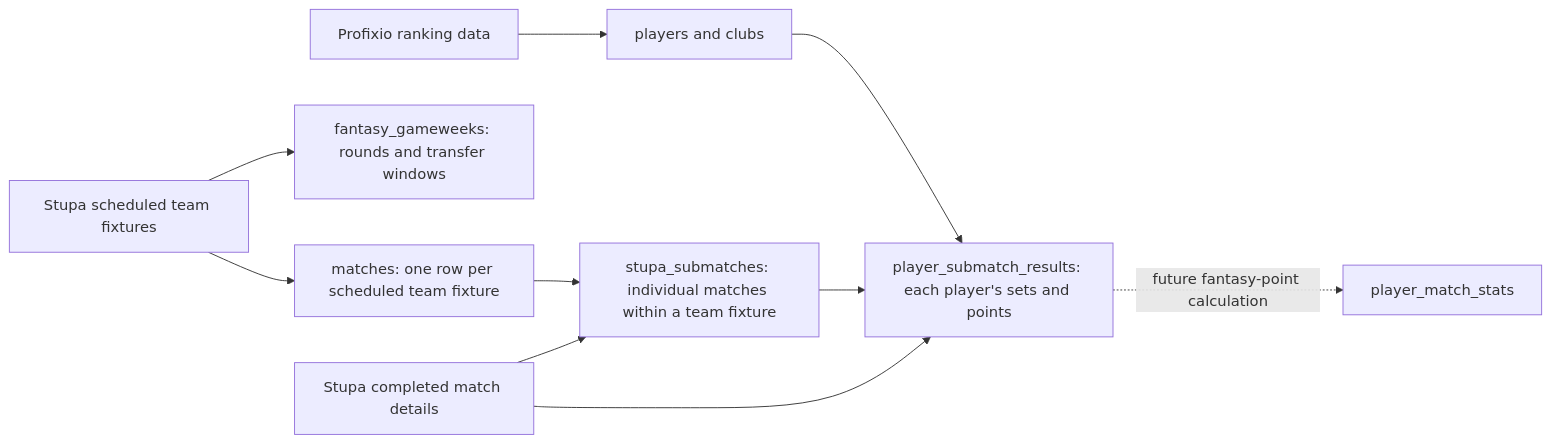
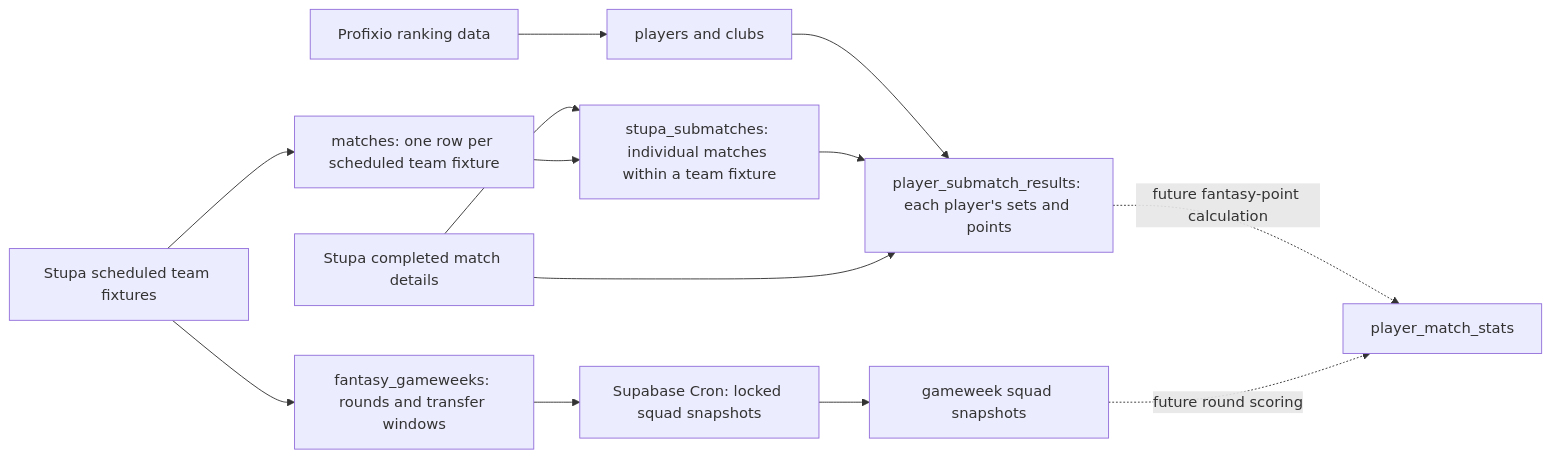
One commit to BE4M3R/fantasy-pingisligan changed the second of 2 diagrams in docs/architecture.md. Above: the diagram before and after it, drawn with Mermaid. The commit also changed other lines of this file and 3 other files, not shown here.

First line of the commit message:
feat: add automated gameweek squad snapshots

````diff
--- a/docs/architecture.md
+++ b/docs/architecture.md
@@ -33,12 +33,15 @@
 ```mermaid
 flowchart LR
     Profixio[Profixio ranking data] --> Players[players and clubs]
     Schedule[Stupa scheduled team fixtures] --> Gameweeks[fantasy_gameweeks: rounds and transfer windows]
     Schedule --> Matches[matches: one row per scheduled team fixture]
     Completed[Stupa completed match details] --> Submatches[stupa_submatches: individual matches within a team fixture]
     Matches --> Submatches
     Players --> PlayerResults[player_submatch_results: each player's sets and points]
     Submatches --> PlayerResults
     Completed --> PlayerResults
     PlayerResults -. future fantasy-point calculation .-> Stats[player_match_stats]
+    Gameweeks --> SnapshotCron[Supabase Cron: locked squad snapshots]
+    SnapshotCron --> Snapshots[gameweek squad snapshots]
+    Snapshots -. future round scoring .-> Stats
 ```
````
